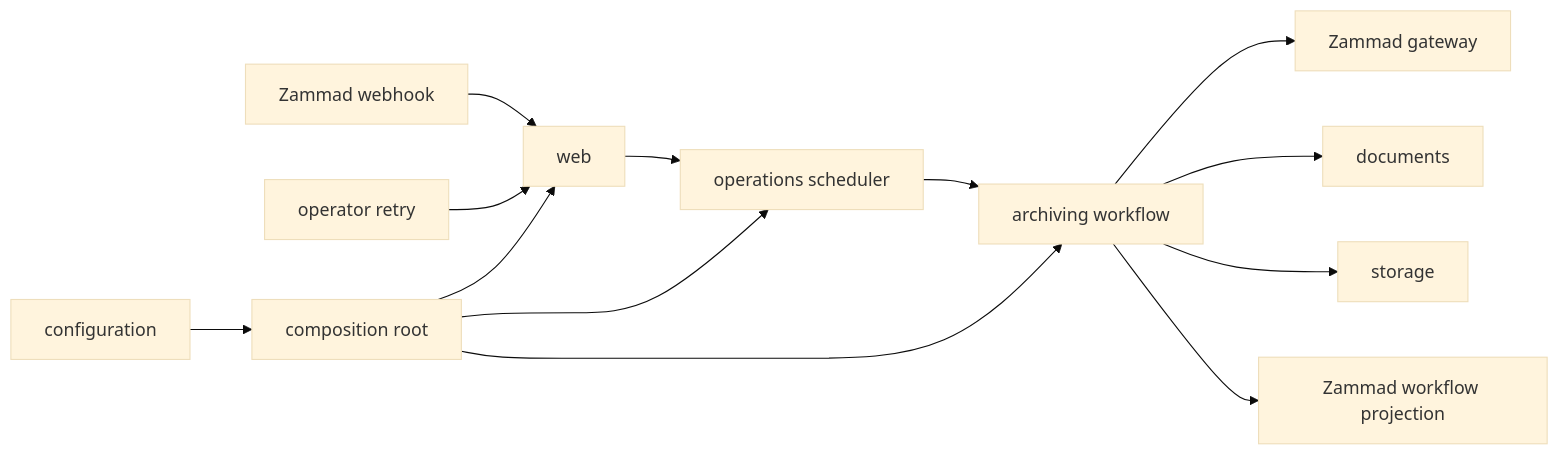
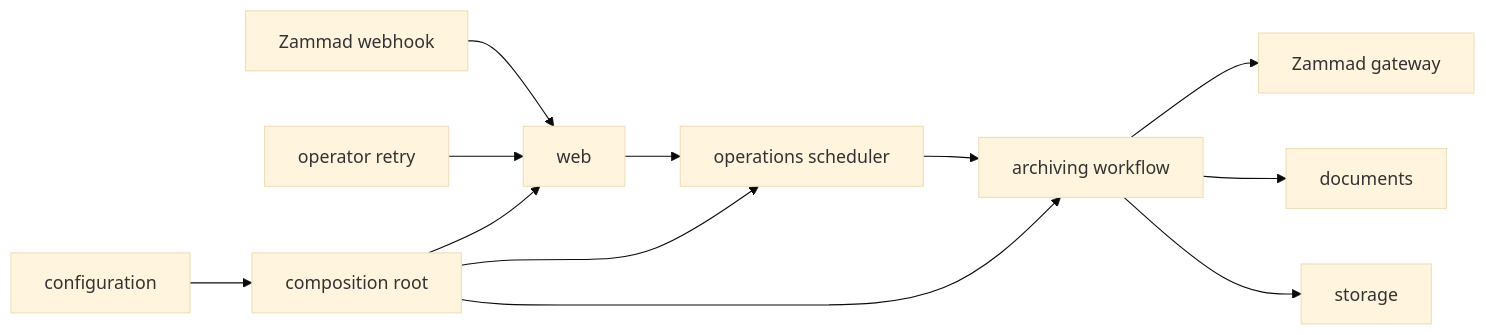
Before and after one commit to sebastianspicker/chronikwerk: the first of 2 diagrams in docs/01-architecture.md, drawn with Mermaid (base theme). The commit also changed other lines of this file and 224 other files, not shown here.

````diff
--- a/docs/01-architecture.md
+++ b/docs/01-architecture.md
@@ -9,15 +9,14 @@
 ```mermaid
 flowchart LR
   Z[Zammad webhook] --> W[web]
   O[operator retry] --> W
   W --> Q[operations scheduler]
   Q --> A[archiving workflow]
   A --> ZG[Zammad gateway]
   A --> D[documents]
   A --> S[storage]
-  A --> ZP[Zammad workflow projection]
   C[configuration] --> X[composition root]
   X --> W
   X --> Q
   X --> A
 ```
````
